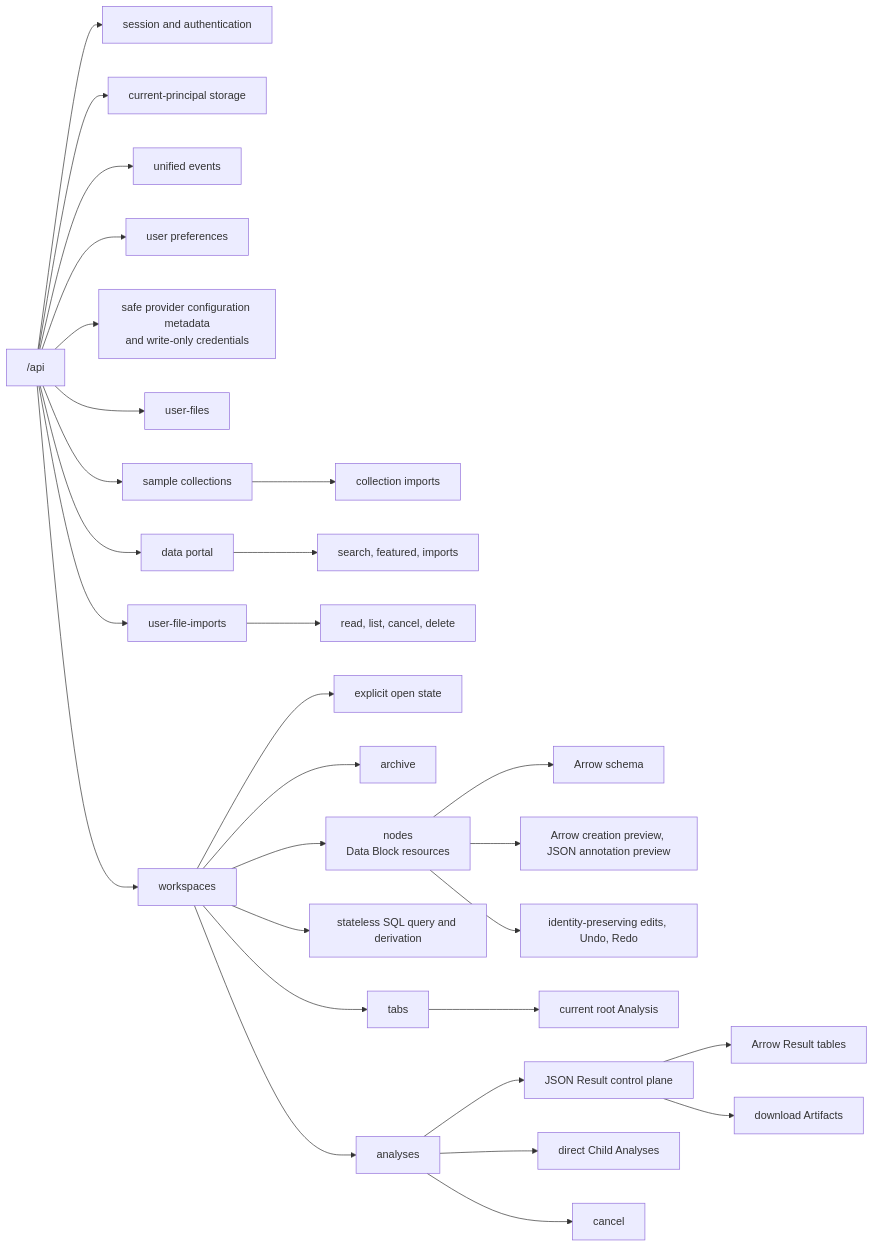
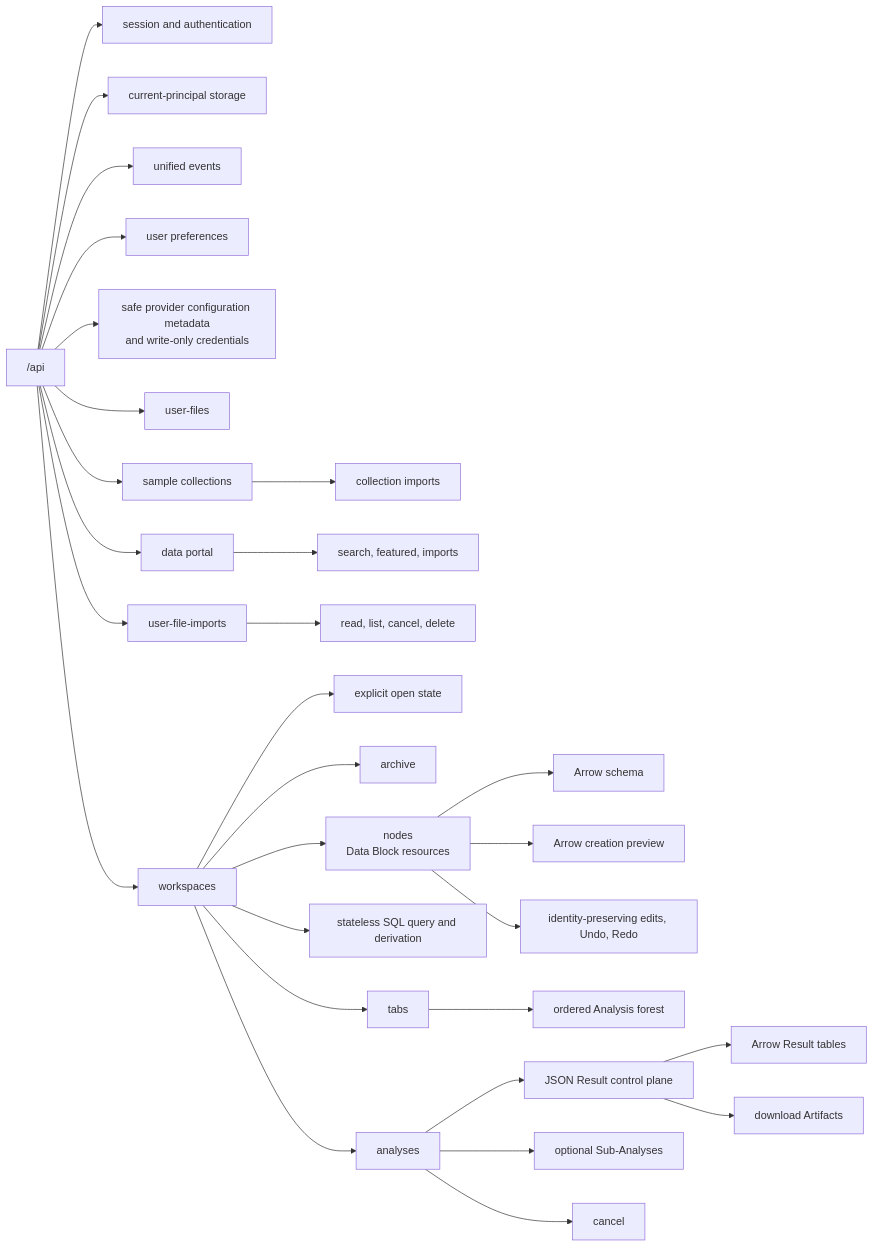
The diagram in docs/architecture/backend/http-api.md (Australian-Text-Analytics-Platform/ldaca_web_app), drawn with Mermaid before and after one commit. The commit also changed other lines of this file and 26 other files, not shown here.

````diff
--- a/docs/architecture/backend/http-api.md
+++ b/docs/architecture/backend/http-api.md
@@ -15,35 +15,35 @@
 ```mermaid
 flowchart LR
     API["/api"] --> SESSION["session and authentication"]
     API --> STORAGE["current-principal storage"]
     API --> EVENTS["unified events"]
     API --> PREFERENCES["user preferences"]
     API --> CREDENTIALS["safe provider configuration metadata<br/>and write-only credentials"]
     API --> FILES["user-files"]
     API --> SAMPLES["sample collections"]
     API --> PORTAL["data portal"]
     API --> IMPORTS["user-file-imports"]
     API --> WORKSPACES["workspaces"]
 
     SAMPLES --> SAMPLE_IMPORT["collection imports"]
     PORTAL --> PORTAL_IMPORT["search, featured, imports"]
     IMPORTS --> IMPORT_CANCEL["read, list, cancel, delete"]
 
     WORKSPACES --> OPEN["explicit open state"]
     WORKSPACES --> ARCHIVE["archive"]
     WORKSPACES --> NODES["nodes<br/>Data Block resources"]
     WORKSPACES --> SQL["stateless SQL query and derivation"]
     WORKSPACES --> TABS["tabs"]
     WORKSPACES --> ANALYSES["analyses"]
 
     NODES --> SCHEMA["Arrow schema"]
-    NODES --> PREVIEWS["Arrow creation preview, JSON annotation preview"]
+    NODES --> PREVIEWS["Arrow creation preview"]
     NODES --> EDITS["identity-preserving edits, Undo, Redo"]
 
-    TABS --> CURRENT["current root Analysis"]
+    TABS --> FOREST["ordered Analysis forest"]
     ANALYSES --> RESULT["JSON Result control plane"]
     RESULT --> TABLES["Arrow Result tables"]
     RESULT --> ARTIFACTS["download Artifacts"]
-    ANALYSES --> CHILDREN["direct Child Analyses"]
+    ANALYSES --> SUB["optional Sub-Analyses"]
     ANALYSES --> CANCEL["cancel"]
 ```
````
